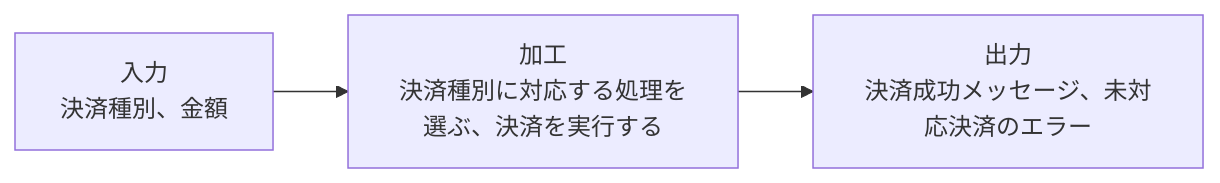
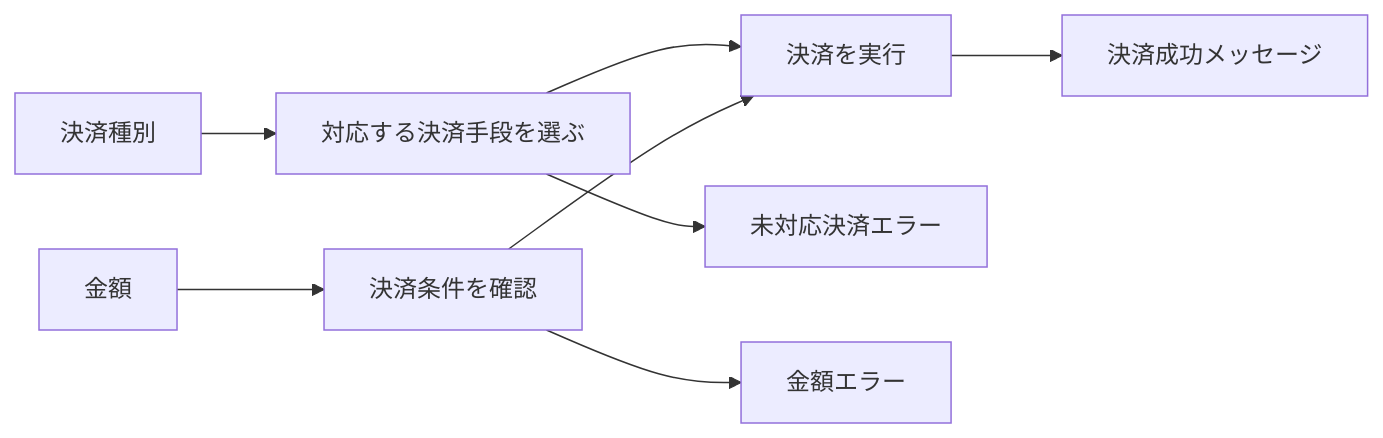
The first of 6 diagrams in kindle/design-patterns/output/chapter08.md (kumachan1101-pixel/DesignPattern), drawn with Mermaid before and after one commit. The commit also changed 14 other files, not shown here.

Commit message:
fix: 仕様フロー図を細分化

````diff
--- a/kindle/design-patterns/output/chapter08.md
+++ b/kindle/design-patterns/output/chapter08.md
@@ -30,8 +30,10 @@
 ```mermaid
 flowchart LR
-    I["入力<br/>決済種別、金額"]
-    P["加工<br/>決済種別に対応する処理を選ぶ、決済を実行する"]
-    O["出力<br/>決済成功メッセージ、未対応決済のエラー"]
-
-    I --> P --> O
+    A["決済種別"] --> B["対応する決済手段を選ぶ"]
+    C["金額"] --> D["決済条件を確認"]
+    B --> E["決済を実行"]
+    D --> E
+    E --> F["決済成功メッセージ"]
+    B --> G["未対応決済エラー"]
+    D --> H["金額エラー"]
 ```
````
